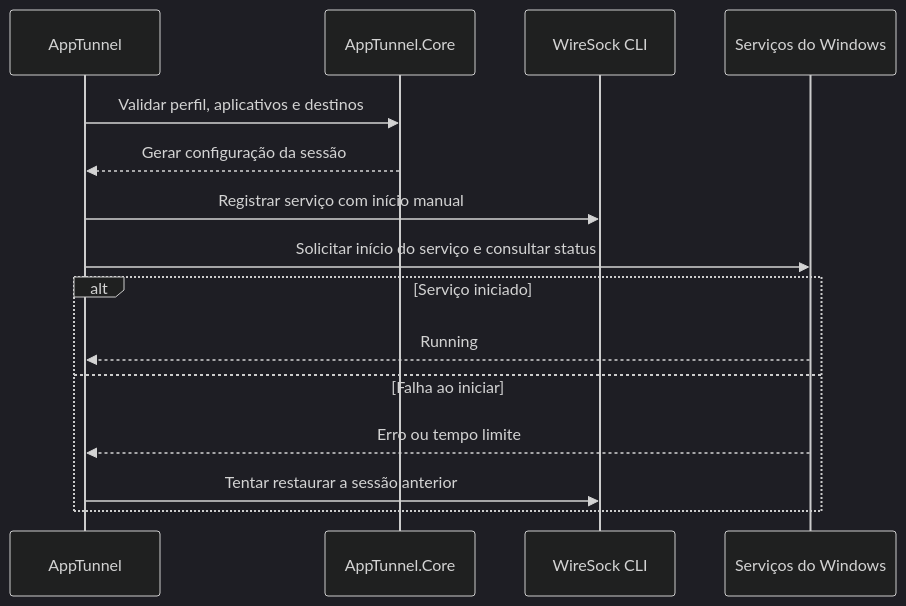
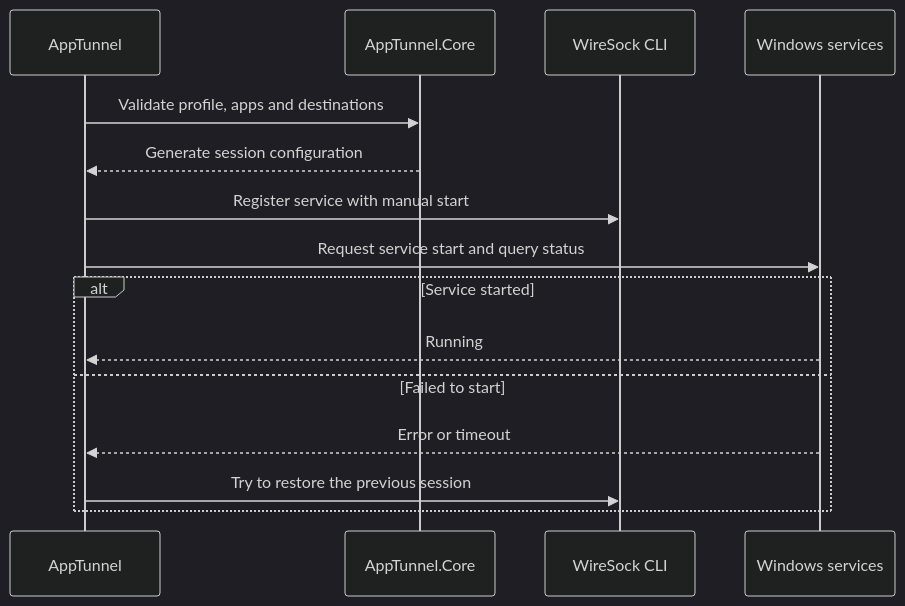
One commit to F404X/app-tunnel changed the second of 2 diagrams in README.md. Above: the diagram before and after it, drawn with Mermaid (dark theme). The commit also changed other lines of this file and 3 other files, not shown here.

````diff
--- a/README.md
+++ b/README.md
@@ -131,17 +133,17 @@
 ```mermaid
 sequenceDiagram
     participant UI as AppTunnel
     participant Core as AppTunnel.Core
     participant CLI as WireSock CLI
-    participant SCM as Serviços do Windows
-    UI->>Core: Validar perfil, aplicativos e destinos
-    Core-->>UI: Gerar configuração da sessão
-    UI->>CLI: Registrar serviço com início manual
-    UI->>SCM: Solicitar início do serviço e consultar status
-    alt Serviço iniciado
+    participant SCM as Windows services
+    UI->>Core: Validate profile, apps and destinations
+    Core-->>UI: Generate session configuration
+    UI->>CLI: Register service with manual start
+    UI->>SCM: Request service start and query status
+    alt Service started
         SCM-->>UI: Running
-    else Falha ao iniciar
-        SCM-->>UI: Erro ou tempo limite
-        UI->>CLI: Tentar restaurar a sessão anterior
+    else Failed to start
+        SCM-->>UI: Error or timeout
+        UI->>CLI: Try to restore the previous session
     end
 ```
````
